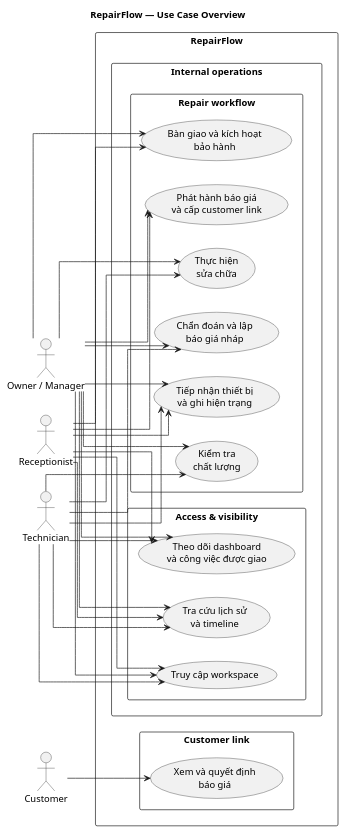
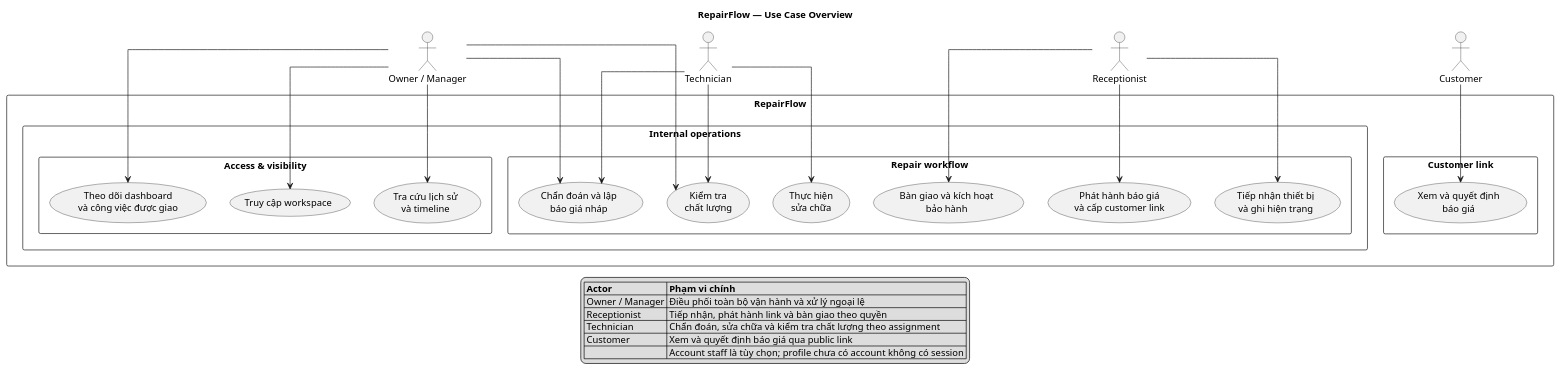
Before and after one commit to datdt03/DOTHANHDAT_INTERN_01278: the diagram in docs/v0/architecture/repairflow-usecase-overview.puml, drawn with PlantUML. The commit also changed 2 other files, not shown here.

Commit message:
feat(docs): enhance use case overview with actor responsibilities and layout

```diff
--- a/docs/v0/architecture/repairflow-usecase-overview.puml
+++ b/docs/v0/architecture/repairflow-usecase-overview.puml
@@ -1,69 +1,67 @@
 @startuml repairflow-usecase-overview
 
-left to right direction
+top to bottom direction
 skinparam packageStyle rectangle
 skinparam shadowing false
 skinparam linetype ortho
 skinparam nodesep 35
 skinparam ranksep 45
 
 title RepairFlow — Use Case Overview
 
 actor "Owner / Manager" as management
 actor Receptionist as receptionist
 actor Technician as technician
 actor Customer as customer
 
 rectangle "RepairFlow" {
 
     package "Internal operations" {
         package "Access & visibility" {
             usecase "Truy cập workspace" as access
             usecase "Theo dõi dashboard\nvà công việc được giao" as monitor
             usecase "Tra cứu lịch sử\nvà timeline" as history
         }
 
         package "Repair workflow" {
             usecase "Tiếp nhận thiết bị\nvà ghi hiện trạng" as intake
             usecase "Chẩn đoán và lập\nbáo giá nháp" as diagnosis
             usecase "Phát hành báo giá\nvà cấp customer link" as publish
             usecase "Thực hiện\nsửa chữa" as repair
             usecase "Kiểm tra\nchất lượng" as quality
             usecase "Bàn giao và kích hoạt\nbảo hành" as handover
         }
     }
 
     package "Customer link" {
         usecase "Xem và quyết định\nbáo giá" as decision
     }
 }
 
-' Liên kết thể hiện actor có thể trực tiếp thực hiện use case.
+' Liên kết thể hiện các nhánh nghiệp vụ chính của từng actor.
 management --> access
 management --> monitor
 management --> history
-management --> intake
 management --> diagnosis
-management --> publish
-management --> repair
 management --> quality
-management --> handover
 
-receptionist --> access
-receptionist --> monitor
-receptionist --> history
 receptionist --> intake
 receptionist --> publish
 receptionist --> handover
 
-technician --> access
-technician --> monitor
-technician --> history
-technician --> intake
 technician --> diagnosis
 technician --> repair
 technician --> quality
 
 customer --> decision
 
+legend bottom
+|= Actor |= Phạm vi chính |
+| Owner / Manager | Điều phối toàn bộ vận hành và xử lý ngoại lệ |
+| Receptionist | Tiếp nhận, phát hành link và bàn giao theo quyền |
+| Technician | Chẩn đoán, sửa chữa và kiểm tra chất lượng theo assignment |
+| Customer | Xem và quyết định báo giá qua public link |
+| | Account staff là tùy chọn; profile chưa có account không có session |
+endlegend
+
 @enduml
```
